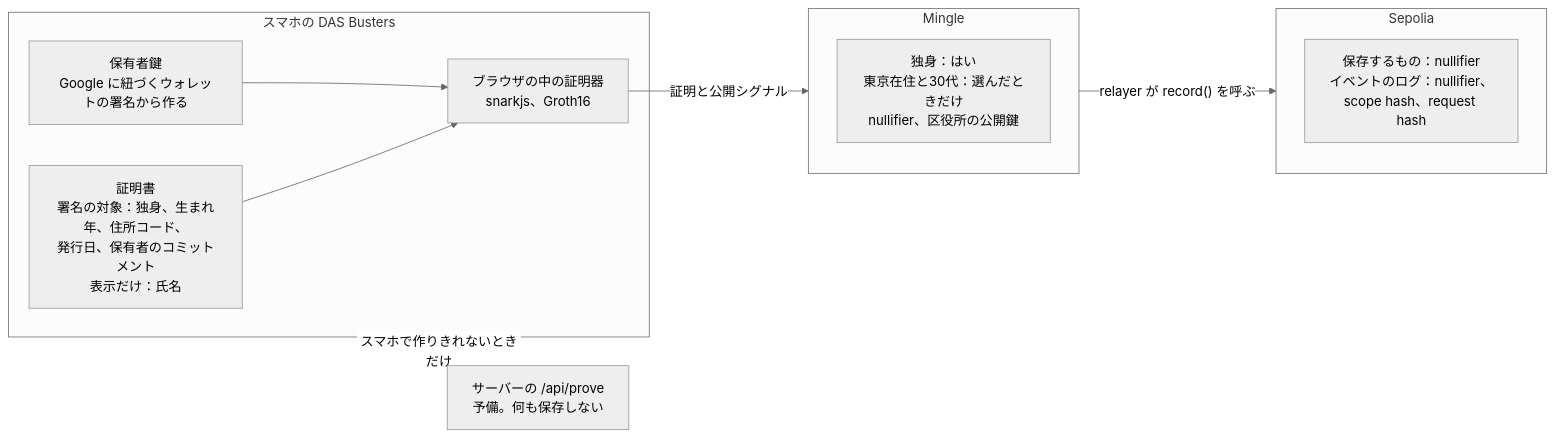
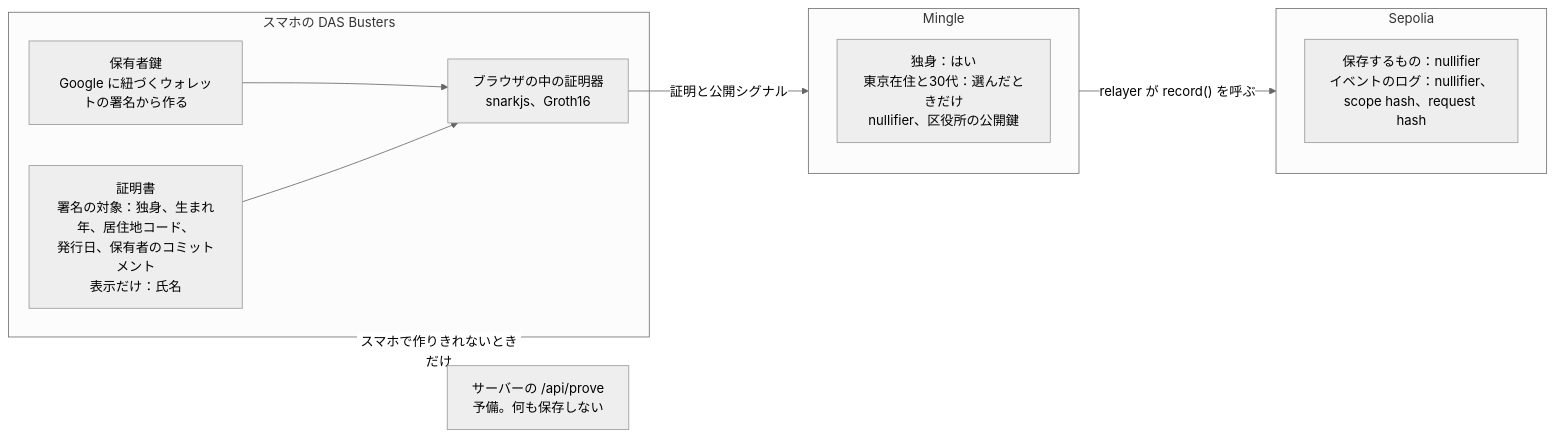
The second of 5 diagrams in README.ja.md (CobaltSato/das-busters), drawn with Mermaid (neutral theme) before and after one commit. The commit also changed other lines of this file and 4 other files, not shown here.

````diff
--- a/README.ja.md
+++ b/README.ja.md
@@ -126,20 +126,20 @@
 ```mermaid
 flowchart LR
   subgraph phone["スマホの DAS Busters"]
-    cert["証明書<br/>署名の対象：独身、生まれ年、住所コード、<br/>発行日、保有者のコミットメント<br/>表示だけ：氏名"]
+    cert["証明書<br/>署名の対象：独身、生まれ年、居住地コード、<br/>発行日、保有者のコミットメント<br/>表示だけ：氏名"]
     secret["保有者鍵<br/>Google に紐づくウォレットの署名から作る"]
     prove["ブラウザの中の証明器<br/>snarkjs、Groth16"]
   end
   fallback["サーバーの /api/prove<br/>予備。何も保存しない"]
   subgraph mingle["Mingle"]
     seen["独身：はい<br/>東京在住と30代：選んだときだけ<br/>nullifier、区役所の公開鍵"]
   end
   subgraph chain["Sepolia"]
     stored["保存するもの：nullifier<br/>イベントのログ：nullifier、scope hash、request hash"]
   end
   cert --> prove
   secret --> prove
   phone -.->|"スマホで作りきれないときだけ"| fallback
   prove -- "証明と公開シグナル" --> mingle
   mingle -- "relayer が record() を呼ぶ" --> chain
 ```
````
